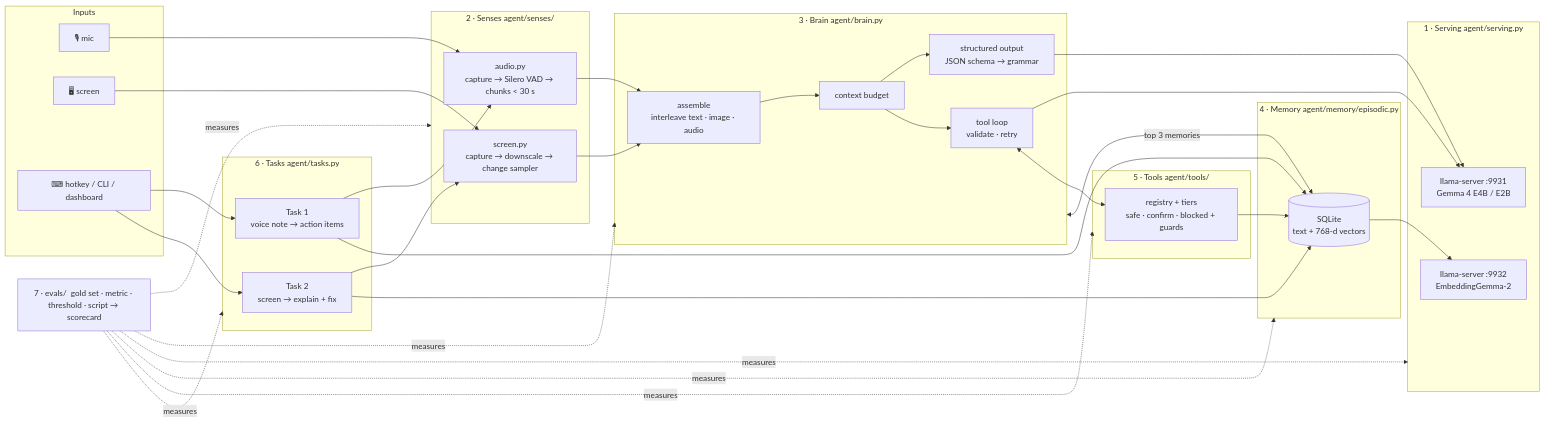
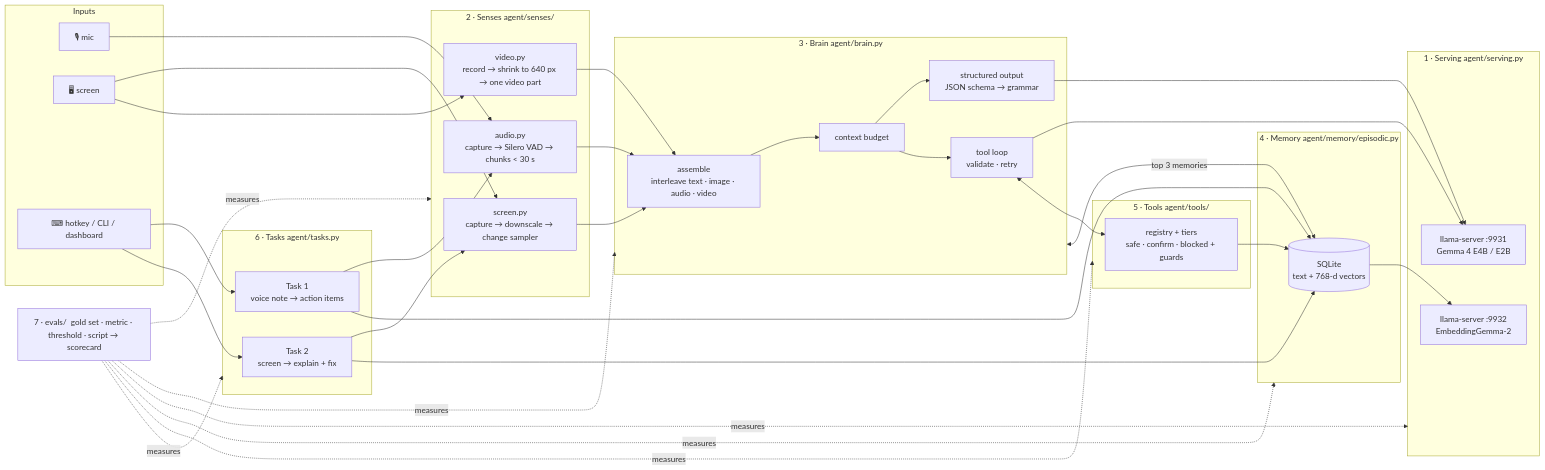
The diagram in docs/ARCHITECTURE.md (SuryaKrishna02/multimodal-agent), drawn with Mermaid before and after one commit. The commit also changed other lines of this file and 17 other files, not shown here.

````diff
--- a/docs/ARCHITECTURE.md
+++ b/docs/ARCHITECTURE.md
@@ -6,55 +6,57 @@
 ```mermaid
 flowchart LR
   subgraph IN["Inputs"]
     MIC["🎙 mic"]
     SCR["🖥 screen"]
     KEY["⌨ hotkey / CLI / dashboard"]
   end
 
   subgraph SENSES["2 · Senses  agent/senses/"]
     AUD["audio.py<br/>capture → Silero VAD → chunks &lt; 30 s"]
     SCN["screen.py<br/>capture → downscale → change sampler"]
+    VID["video.py<br/>record → shrink to 640 px → one video part"]
   end
 
   subgraph BRAIN["3 · Brain  agent/brain.py"]
-    ASM["assemble<br/>interleave text · image · audio"]
+    ASM["assemble<br/>interleave text · image · audio · video"]
     BUD["context budget"]
     OUT["structured output<br/>JSON schema → grammar"]
     TC["tool loop<br/>validate · retry"]
   end
 
   subgraph SERVE["1 · Serving  agent/serving.py"]
     LLM["llama-server :9931<br/>Gemma 4 E4B / E2B"]
     EMB["llama-server :9932<br/>EmbeddingGemma-2"]
   end
 
   subgraph MEM["4 · Memory  agent/memory/episodic.py"]
     DB[("SQLite<br/>text + 768-d vectors")]
   end
 
   subgraph TOOLS["5 · Tools  agent/tools/"]
     REG["registry + tiers<br/>safe · confirm · blocked + guards"]
   end
 
   subgraph TASKS["6 · Tasks  agent/tasks.py"]
     T1["Task 1<br/>voice note → action items"]
     T2["Task 2<br/>screen → explain + fix"]
   end
 
   EVAL["7 · evals/  gold set · metric · threshold · script → scorecard"]
 
   MIC --> AUD --> ASM
   SCR --> SCN --> ASM
+  SCR --> VID --> ASM
   KEY --> T1 & T2
   T1 --> AUD
   T2 --> SCN
   ASM --> BUD --> OUT & TC
   OUT --> LLM
   TC --> LLM
   TC <--> REG
   REG --> DB
   BRAIN <-- "top 3 memories" --> DB
   DB --> EMB
   T1 & T2 --> DB
   EVAL -. measures .-> SENSES & BRAIN & SERVE & MEM & TOOLS & TASKS
 ```
````
